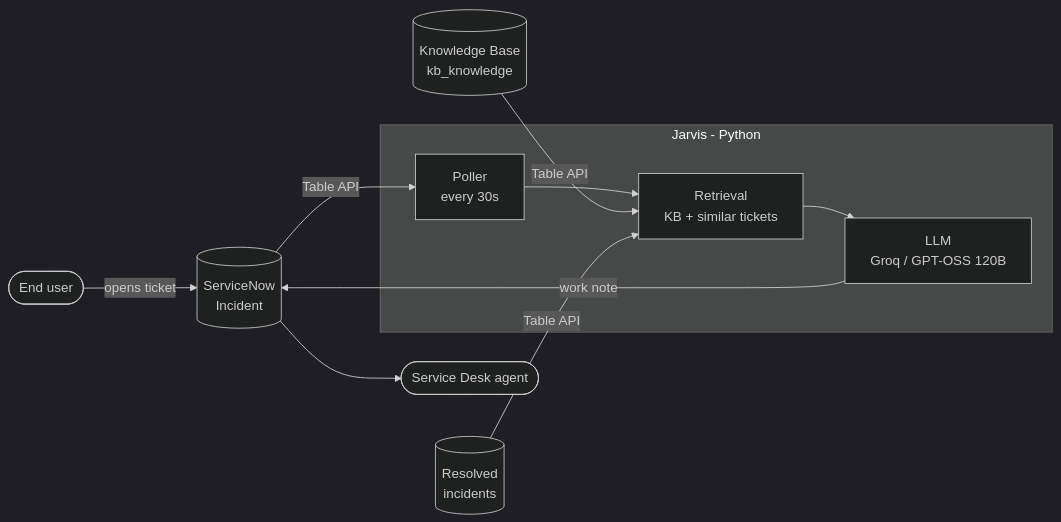
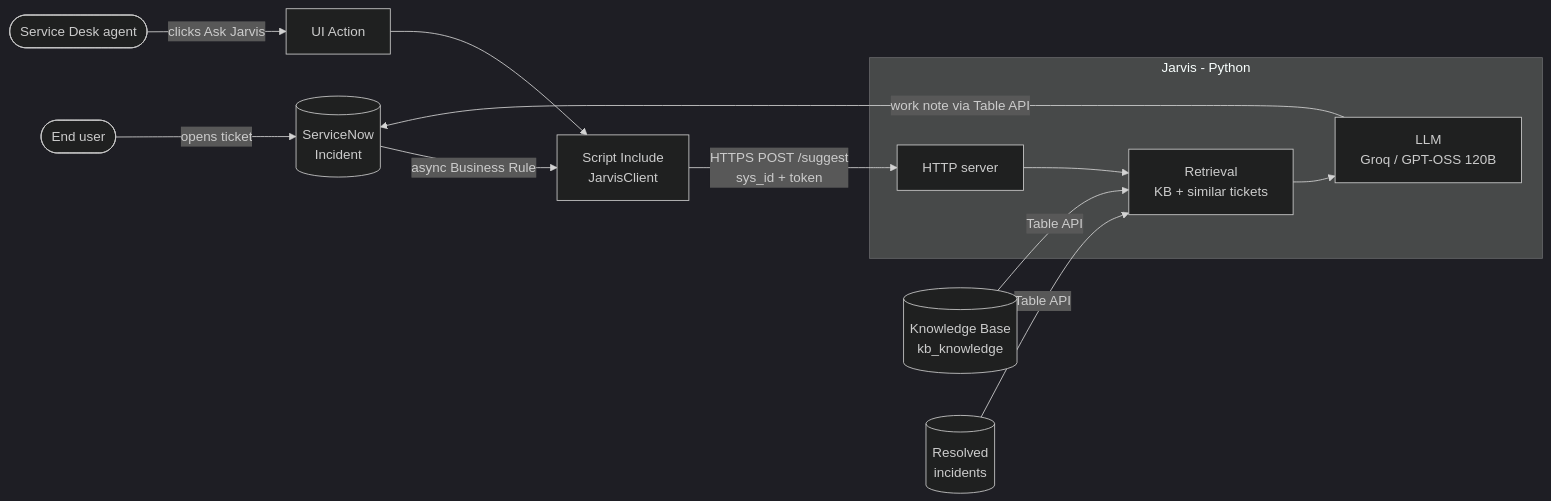
One commit to tortonef/jarvis-servicenow changed the first of 2 diagrams in README.md. Above: the diagram before and after it, drawn with Mermaid (dark theme). The commit also changed other lines of this file and 6 other files, not shown here.

First line of the commit message:
Push mode: Ask Jarvis button and Business Rule on new incidents

````diff
--- a/README.md
+++ b/README.md
@@ -13,13 +13,15 @@
 ```mermaid
 flowchart LR
     U([End user]) -->|opens ticket| INC[(ServiceNow<br/>Incident)]
+    A([Service Desk agent]) -->|clicks Ask Jarvis| BTN[UI Action]
+    INC -->|async Business Rule| CL[Script Include<br/>JarvisClient]
+    BTN --> CL
+    CL -->|HTTPS POST /suggest<br/>sys_id + token| S
     subgraph Jarvis [Jarvis - Python]
-        P[Poller<br/>every 30s] --> R[Retrieval<br/>KB + similar tickets]
+        S[HTTP server] --> R[Retrieval<br/>KB + similar tickets]
         R --> L[LLM<br/>Groq / GPT-OSS 120B]
     end
-    INC -->|Table API| P
     KB[(Knowledge Base<br/>kb_knowledge)] -->|Table API| R
     HIST[(Resolved<br/>incidents)] -->|Table API| R
-    L -->|work note| INC
-    INC --> O([Service Desk agent])
+    L -->|work note via Table API| INC
 ```
````
